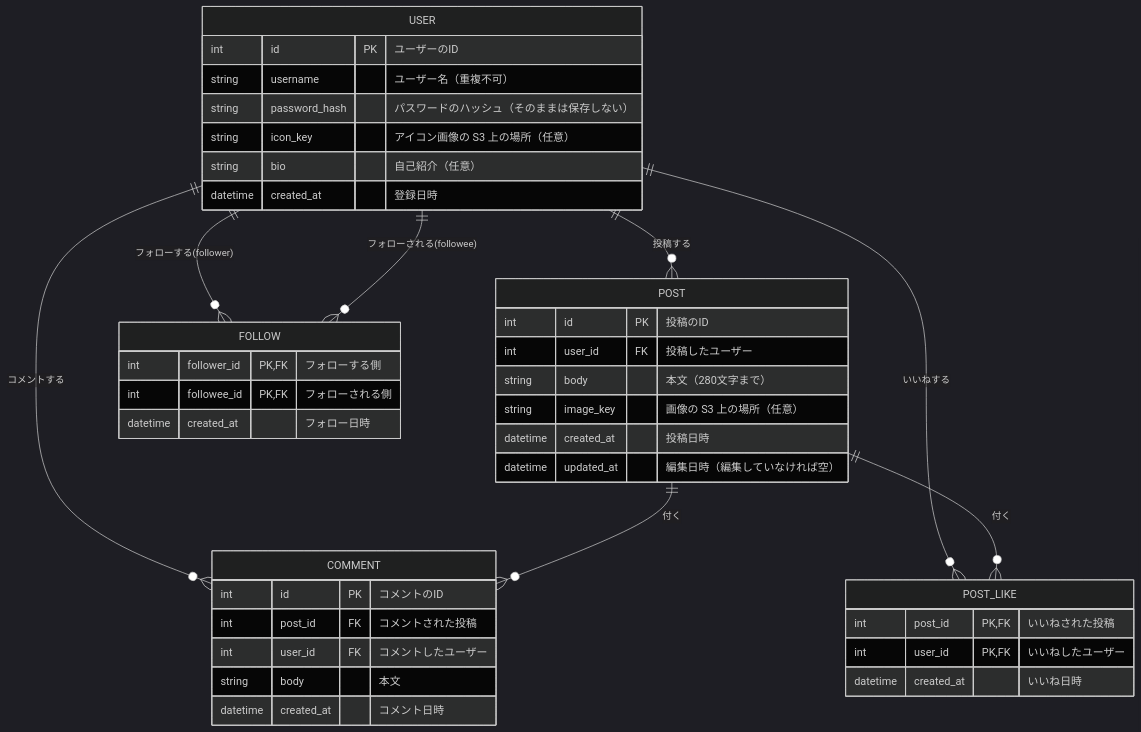
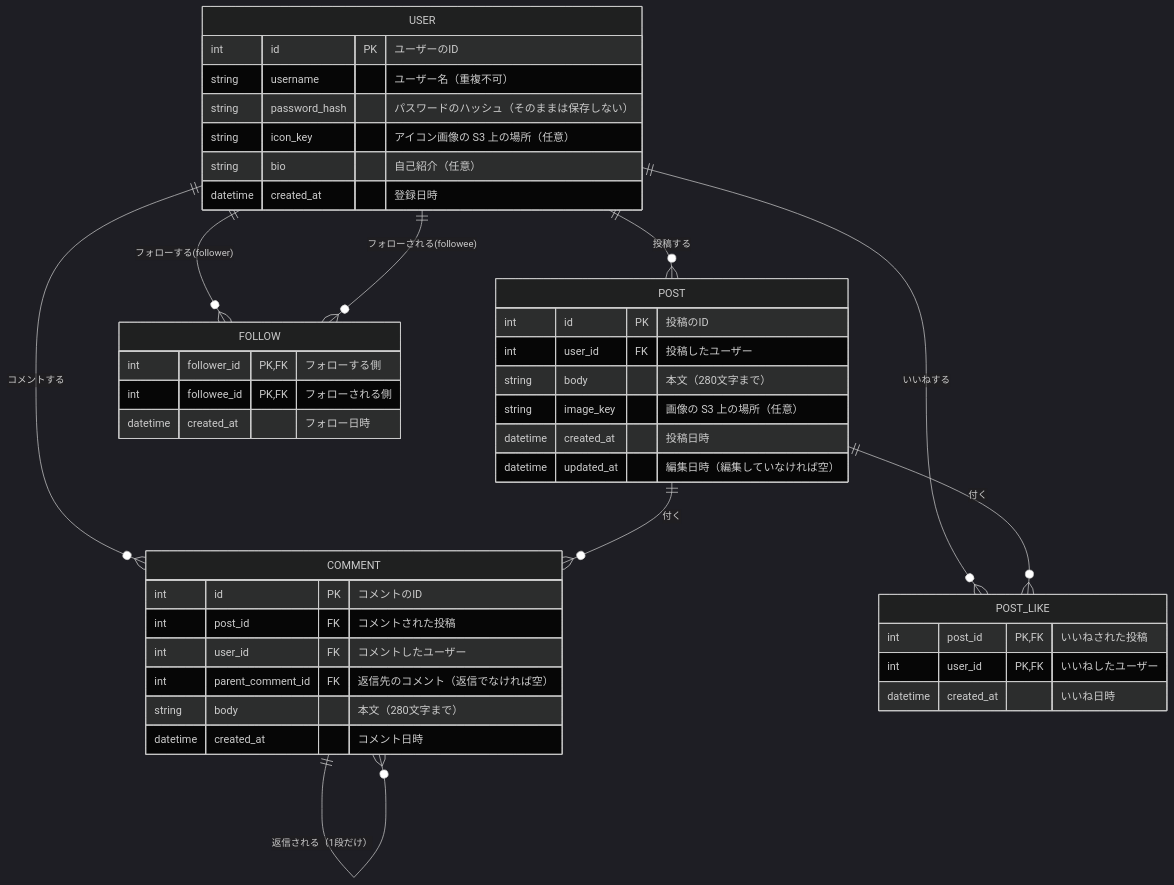
The diagram in docs/data-design.md (RieShinohara/RaiseTimeLine), drawn with Mermaid (dark theme) before and after one commit. The commit also changed other lines of this file and 9 other files, not shown here.

````diff
--- a/docs/data-design.md
+++ b/docs/data-design.md
@@ -10,48 +10,50 @@
 ```mermaid
 erDiagram
     USER ||--o{ POST : "投稿する"
     USER ||--o{ COMMENT : "コメントする"
     USER ||--o{ POST_LIKE : "いいねする"
     POST ||--o{ COMMENT : "付く"
+    COMMENT ||--o{ COMMENT : "返信される（1段だけ）"
     POST ||--o{ POST_LIKE : "付く"
     USER ||--o{ FOLLOW : "フォローする(follower)"
     USER ||--o{ FOLLOW : "フォローされる(followee)"
 
     USER {
         int id PK "ユーザーのID"
         string username "ユーザー名（重複不可）"
         string password_hash "パスワードのハッシュ（そのままは保存しない）"
         string icon_key "アイコン画像の S3 上の場所（任意）"
         string bio "自己紹介（任意）"
         datetime created_at "登録日時"
     }
 
     POST {
         int id PK "投稿のID"
         int user_id FK "投稿したユーザー"
         string body "本文（280文字まで）"
         string image_key "画像の S3 上の場所（任意）"
         datetime created_at "投稿日時"
         datetime updated_at "編集日時（編集していなければ空）"
     }
 
     COMMENT {
         int id PK "コメントのID"
         int post_id FK "コメントされた投稿"
         int user_id FK "コメントしたユーザー"
-        string body "本文"
+        int parent_comment_id FK "返信先のコメント（返信でなければ空）"
+        string body "本文（280文字まで）"
         datetime created_at "コメント日時"
     }
 
     POST_LIKE {
         int post_id PK, FK "いいねされた投稿"
         int user_id PK, FK "いいねしたユーザー"
         datetime created_at "いいね日時"
     }
 
     FOLLOW {
         int follower_id PK, FK "フォローする側"
         int followee_id PK, FK "フォローされる側"
         datetime created_at "フォロー日時"
     }
 ```
````
